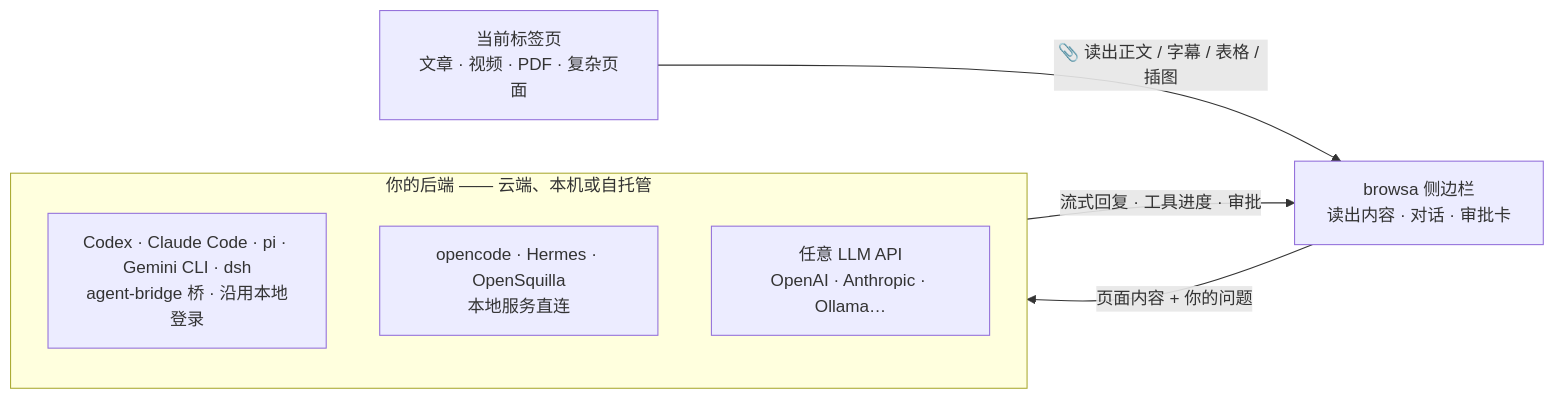
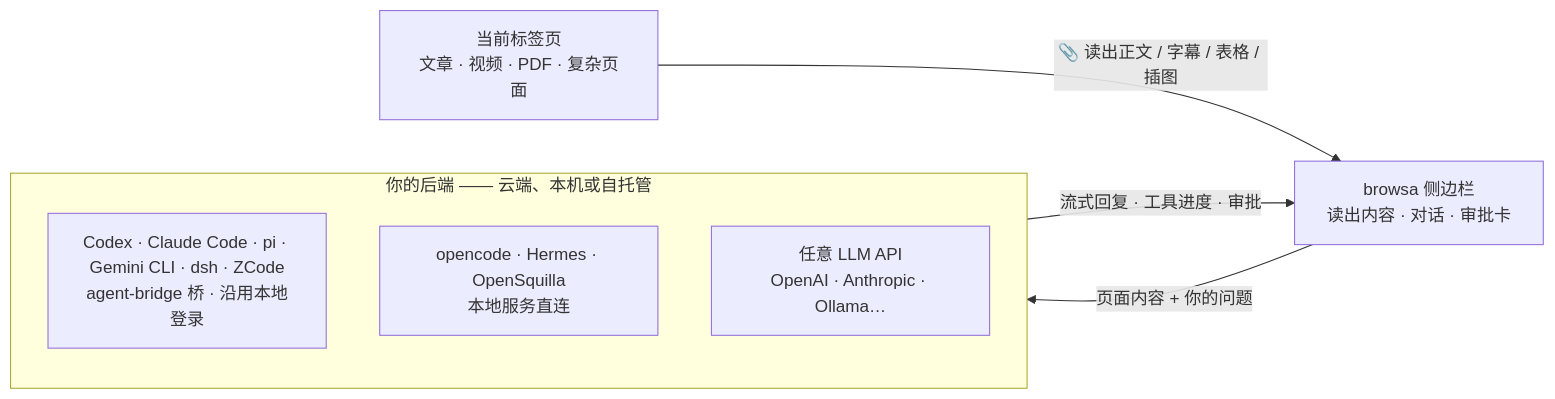
One commit to xiaohuzai/browsa changed the diagram in README.md. Above: the diagram before and after it, drawn with Mermaid. The commit also changed other lines of this file and 18 other files, not shown here.

First line of the commit message:
docs: 接入 ZCode——agent-bridge headless 适配器落地七语文档

````diff
--- a/README.md
+++ b/README.md
@@ -63,13 +64,13 @@
 ```mermaid
 flowchart LR
     P["当前标签页<br/>文章 · 视频 · PDF · 复杂页面"]
     B["browsa 侧边栏<br/>读出内容 · 对话 · 审批卡"]
     subgraph Y["你的后端 —— 云端、本机或自托管"]
-        A1["Codex · Claude Code · pi · Gemini CLI · dsh<br/>agent-bridge 桥 · 沿用本地登录"]
+        A1["Codex · Claude Code · pi · Gemini CLI · dsh · ZCode<br/>agent-bridge 桥 · 沿用本地登录"]
         A2["opencode · Hermes · OpenSquilla<br/>本地服务直连"]
         A3["任意 LLM API<br/>OpenAI · Anthropic · Ollama…"]
     end
     P -->|"📎 读出正文 / 字幕 / 表格 / 插图"| B
     B -->|"页面内容 + 你的问题"| Y
     Y -->|"流式回复 · 工具进度 · 审批"| B
 ```
````
